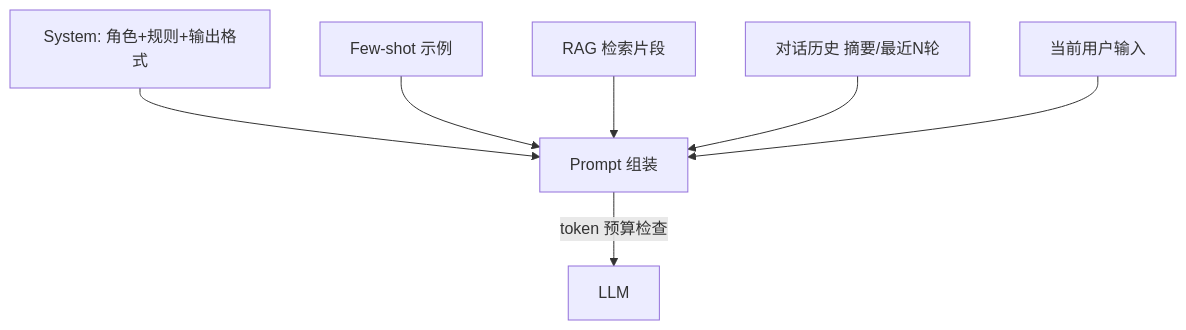
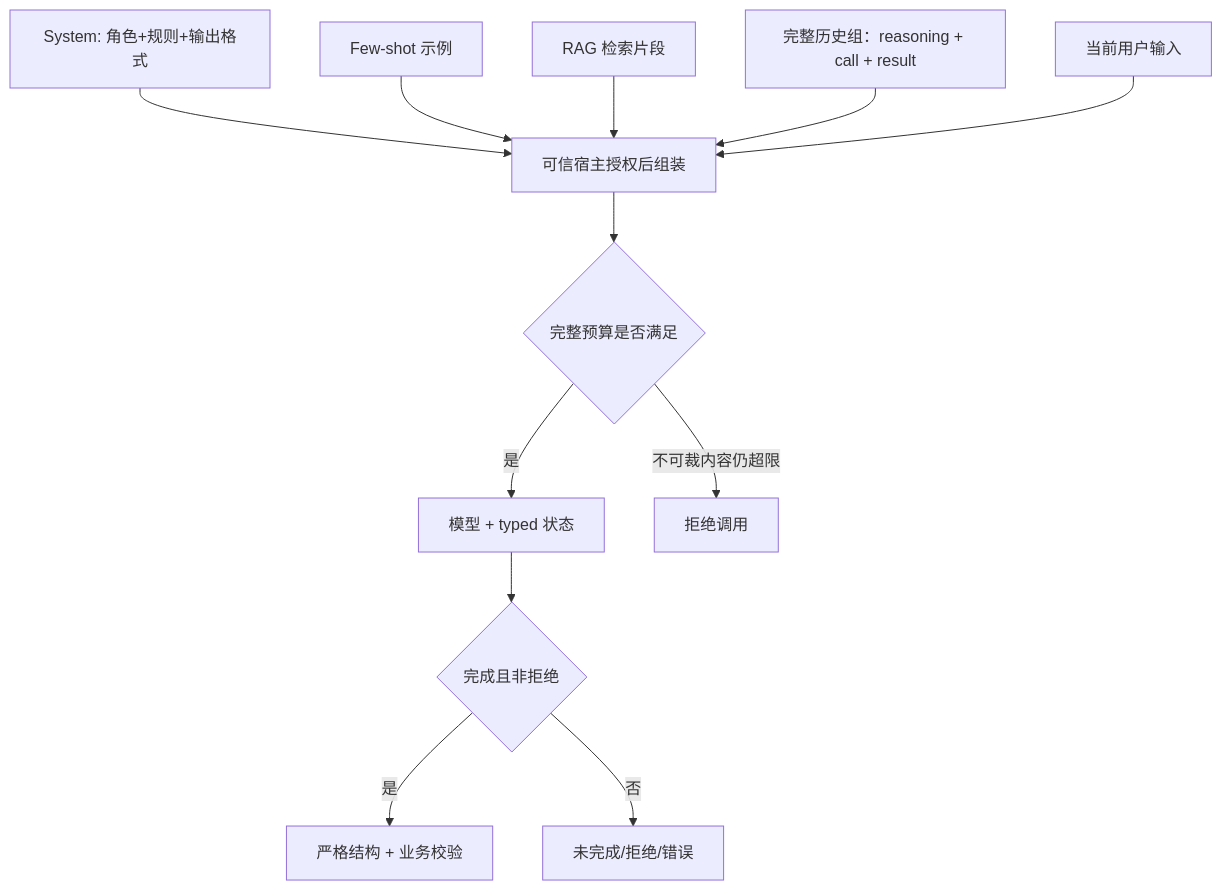
One commit to twodog-tt/Golang-development-manual changed the diagram in docs/topics/10-ai-engineering/S-AI-04-prompt-context.md. Above: the diagram before and after it, drawn with Mermaid. The commit also changed other lines of this file and 27 other files, not shown here.

````diff
--- a/docs/topics/10-ai-engineering/S-AI-04-prompt-context.md
+++ b/docs/topics/10-ai-engineering/S-AI-04-prompt-context.md
@@ -56,14 +57,19 @@
 ```mermaid
 flowchart TD
   Sys[System: 角色+规则+输出格式]
   Few[Few-shot 示例]
   RAG[RAG 检索片段]
-  Hist[对话历史 摘要/最近N轮]
+  Hist[完整历史组：reasoning + call + result]
   User[当前用户输入]
-  Sys --> Assemble[Prompt 组装]
+  Sys --> Assemble[可信宿主授权后组装]
   Few --> Assemble
   RAG --> Assemble
   Hist --> Assemble
   User --> Assemble
-  Assemble -->|token 预算检查| LLM
+  Assemble --> Budget{完整预算是否满足}
+  Budget -->|是| LLM[模型 + typed 状态]
+  Budget -->|不可裁内容仍超限| Reject[拒绝调用]
+  LLM --> Status{完成且非拒绝}
+  Status -->|是| Parse[严格结构 + 业务校验]
+  Status -->|否| Stop[未完成/拒绝/错误]
 ```
````
